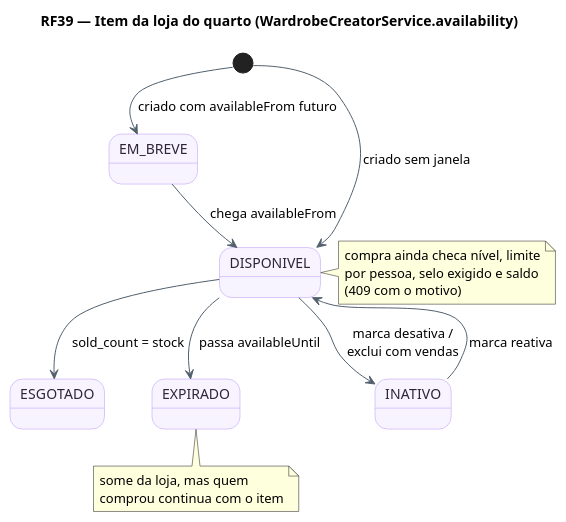
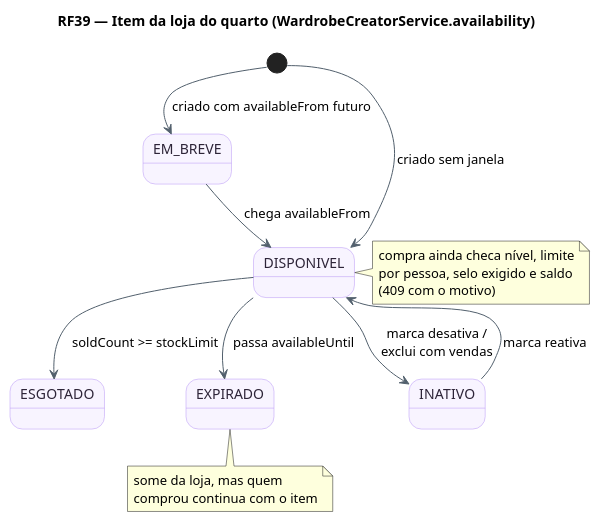
Before and after one commit to MatheusHaliski/tcc-2026-fashion-ai-backend: the diagram in docs/diagramas/RF39/RF39-maquinadeestados-item-loja.puml, drawn with PlantUML. The commit also changed 14 other files, not shown here.

First line of the commit message:
docs(rf38,rf39): diagramas revisados contra o Trello e o código atual

```diff
--- a/docs/diagramas/RF39/RF39-maquinadeestados-item-loja.puml
+++ b/docs/diagramas/RF39/RF39-maquinadeestados-item-loja.puml
@@ -1,20 +1,20 @@
 @startuml RF39_MaquinaDeEstados_ItemDaLoja
 !pragma layout smetana
 title RF39 — Item da loja do quarto (WardrobeCreatorService.availability)
 skinparam backgroundColor #FFFFFF
 skinparam state {
   BackgroundColor #F8F4FF
   BorderColor #B695F5
   FontColor #2D2438
   ArrowColor #52606D
 }
 [*] --> EM_BREVE : criado com availableFrom futuro
 [*] --> DISPONIVEL : criado sem janela
 EM_BREVE --> DISPONIVEL : chega availableFrom
-DISPONIVEL --> ESGOTADO : sold_count = stock
+DISPONIVEL --> ESGOTADO : soldCount >= stockLimit
 DISPONIVEL --> EXPIRADO : passa availableUntil
 DISPONIVEL --> INATIVO : marca desativa /\nexclui com vendas
 INATIVO --> DISPONIVEL : marca reativa
 note right of DISPONIVEL : compra ainda checa nível, limite\npor pessoa, selo exigido e saldo\n(409 com o motivo)
 note bottom of EXPIRADO : some da loja, mas quem\ncomprou continua com o item
 @enduml
```
